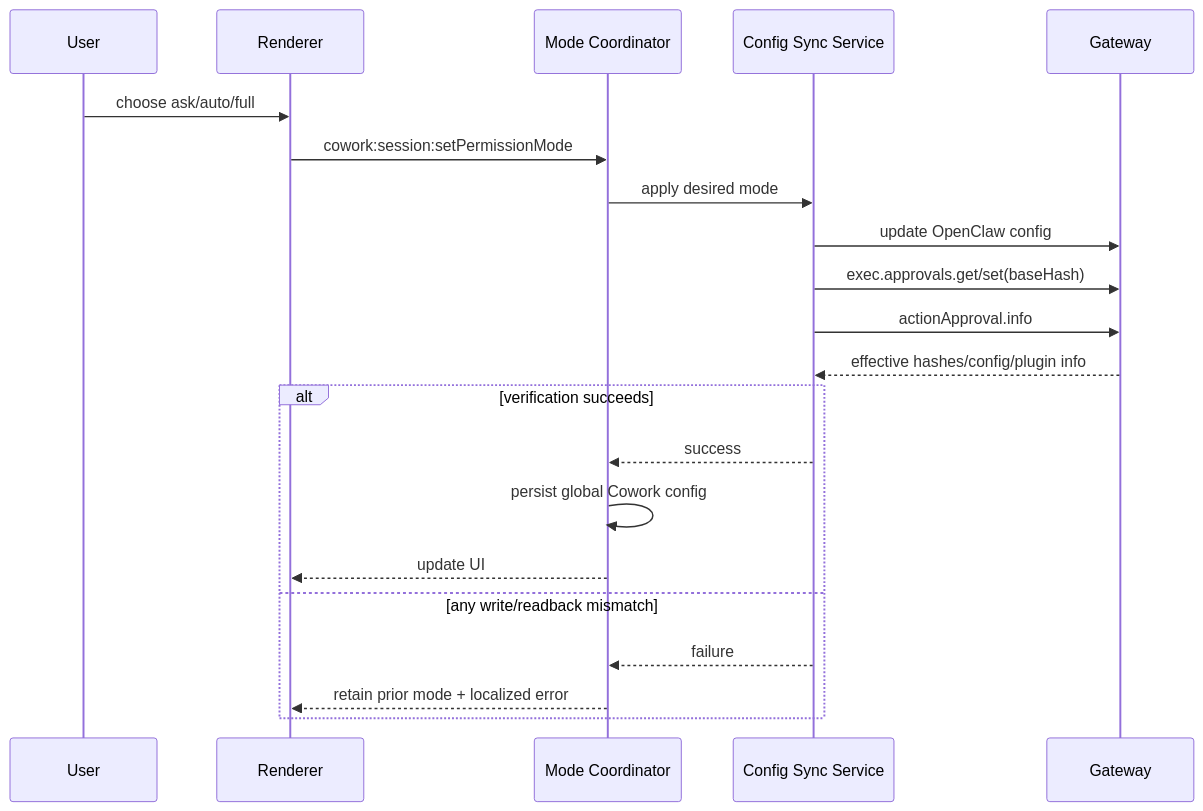
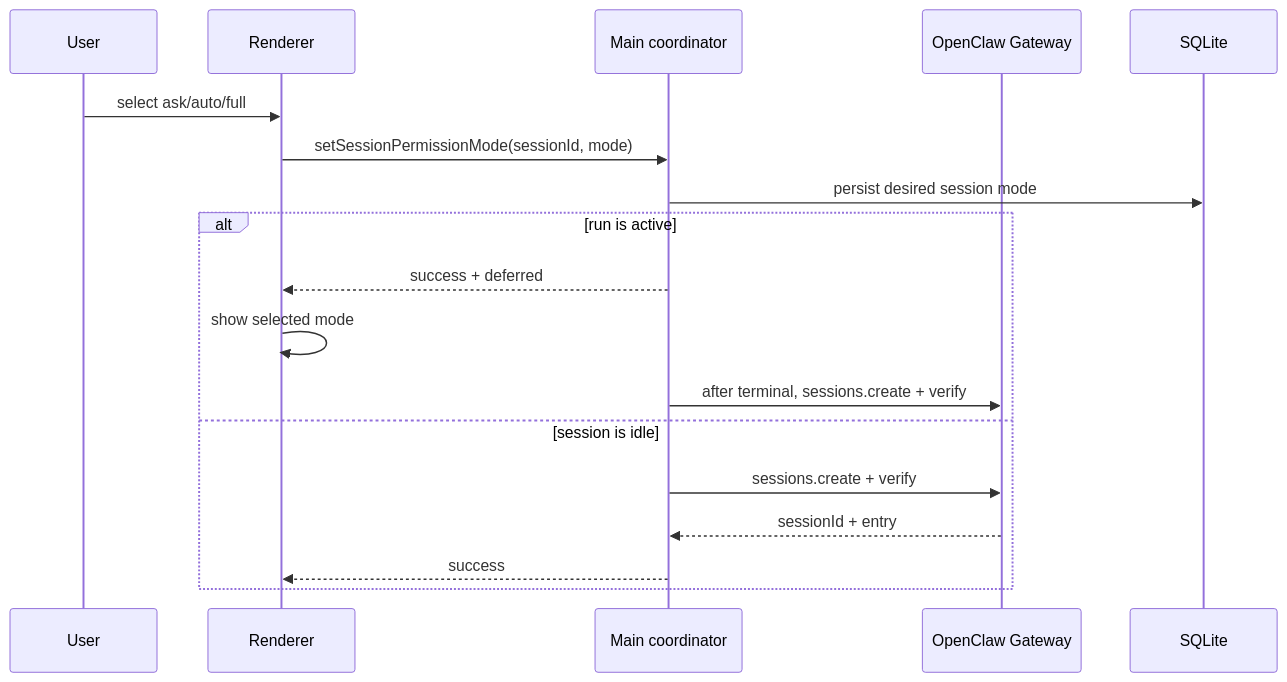
The diagram in docs/features/openclaw-permission-management-remediation-plan.md (liangxhao/JustDo), drawn with Mermaid before and after one commit. The commit also changed other lines of this file and 87 other files, not shown here.

Commit message:
feat(cowork): adapt native OpenClaw permissions

````diff
--- a/docs/features/openclaw-permission-management-remediation-plan.md
+++ b/docs/features/openclaw-permission-management-remediation-plan.md
@@ -50,24 +33,21 @@
 ```mermaid
 sequenceDiagram
   participant U as User
   participant R as Renderer
-  participant C as Mode Coordinator
-  participant S as Config Sync Service
-  participant G as Gateway
+  participant M as Main coordinator
+  participant G as OpenClaw Gateway
+  participant D as SQLite
 
-  U->>R: choose ask/auto/full
-  R->>C: cowork:session:setPermissionMode
-  C->>S: apply desired mode
-  S->>G: update OpenClaw config
-  S->>G: exec.approvals.get/set(baseHash)
-  S->>G: actionApproval.info
-  G-->>S: effective hashes/config/plugin info
-  alt verification succeeds
-    S-->>C: success
-    C->>C: persist global Cowork config
-    C-->>R: update UI
-  else any write/readback mismatch
-    S-->>C: failure
-    C-->>R: retain prior mode + localized error
+  U->>R: select ask/auto/full
+  R->>M: setSessionPermissionMode(sessionId, mode)
+  M->>D: persist desired session mode
+  alt run is active
+    M-->>R: success + deferred
+    R->>R: show selected mode
+    M->>G: after terminal, sessions.create + verify
+  else session is idle
+    M->>G: sessions.create + verify
+    G-->>M: sessionId + entry
+    M-->>R: success
   end
 ```
````
